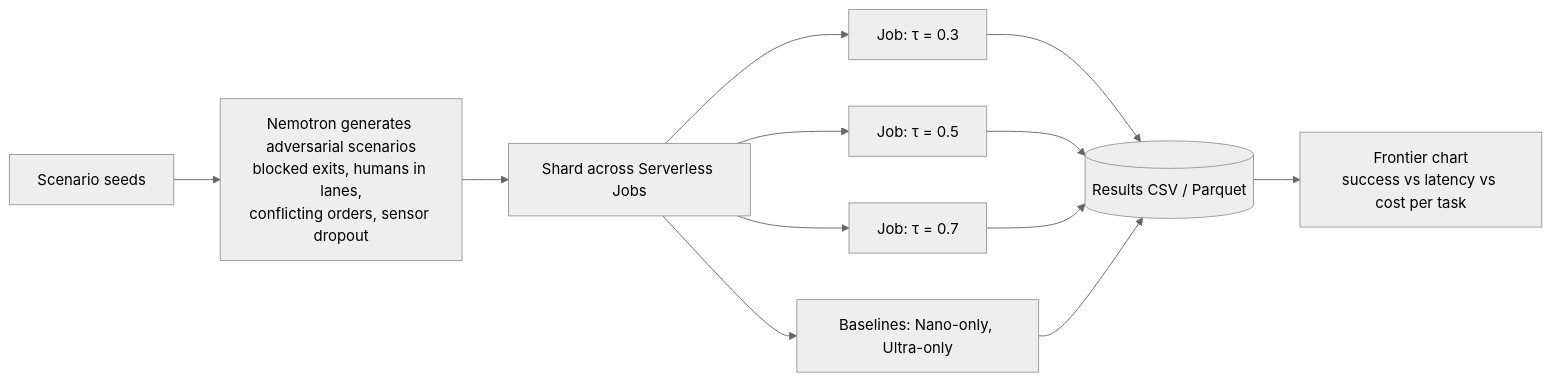
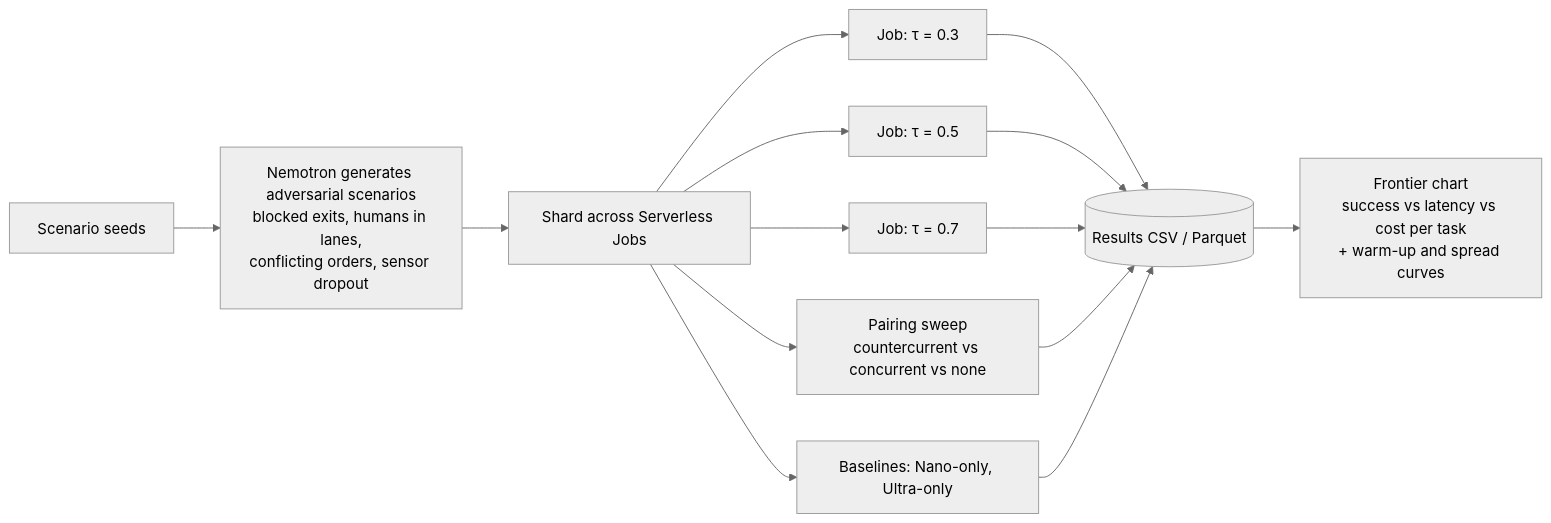
The sixth of 6 diagrams in docs/ARCHITECTURE.md (gretchenboria/NemoFleet), drawn with Mermaid (neutral theme) before and after one commit. The commit also changed other lines of this file and 3 other files, not shown here.

First line of the commit message:
Add peer learning layer (Options A + B) to the architecture

````diff
--- a/docs/ARCHITECTURE.md
+++ b/docs/ARCHITECTURE.md
@@ -138,11 +212,12 @@
 ```mermaid
 flowchart LR
     SEED["Scenario seeds"] --> GEN["Nemotron generates adversarial scenarios<br/>blocked exits, humans in lanes,<br/>conflicting orders, sensor dropout"]
     GEN --> SHARD["Shard across Serverless Jobs"]
     SHARD --> J1["Job: τ = 0.3"]
     SHARD --> J2["Job: τ = 0.5"]
     SHARD --> J3["Job: τ = 0.7"]
+    SHARD --> JP["Pairing sweep<br/>countercurrent vs concurrent vs none"]
     SHARD --> JB["Baselines: Nano-only, Ultra-only"]
-    J1 & J2 & J3 & JB --> OUT[("Results CSV / Parquet")]
-    OUT --> PLOT["Frontier chart<br/>success vs latency vs cost per task"]
+    J1 & J2 & J3 & JP & JB --> OUT[("Results CSV / Parquet")]
+    OUT --> PLOT["Frontier chart<br/>success vs latency vs cost per task<br/>+ warm-up and spread curves"]
 ```
````
